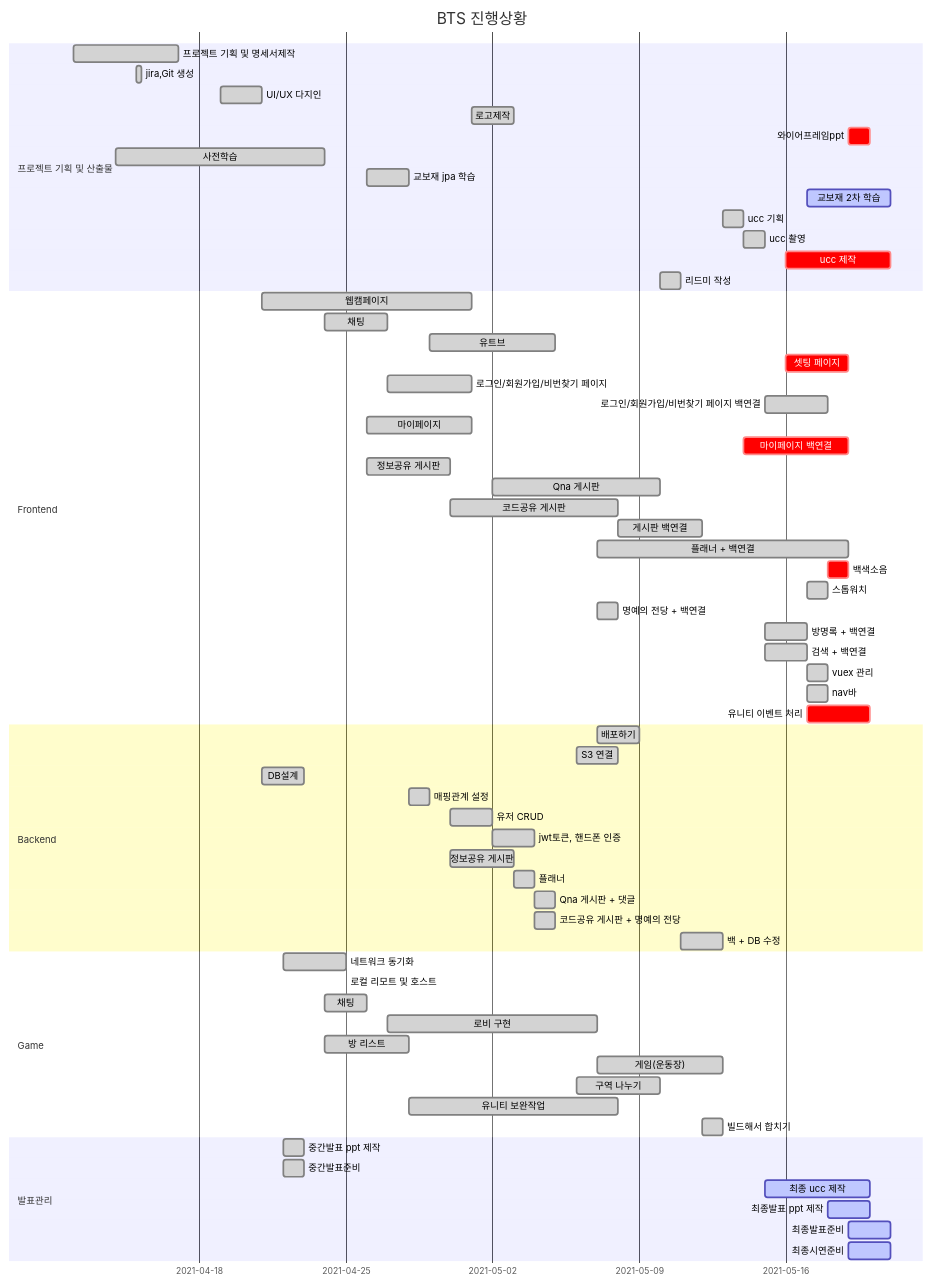
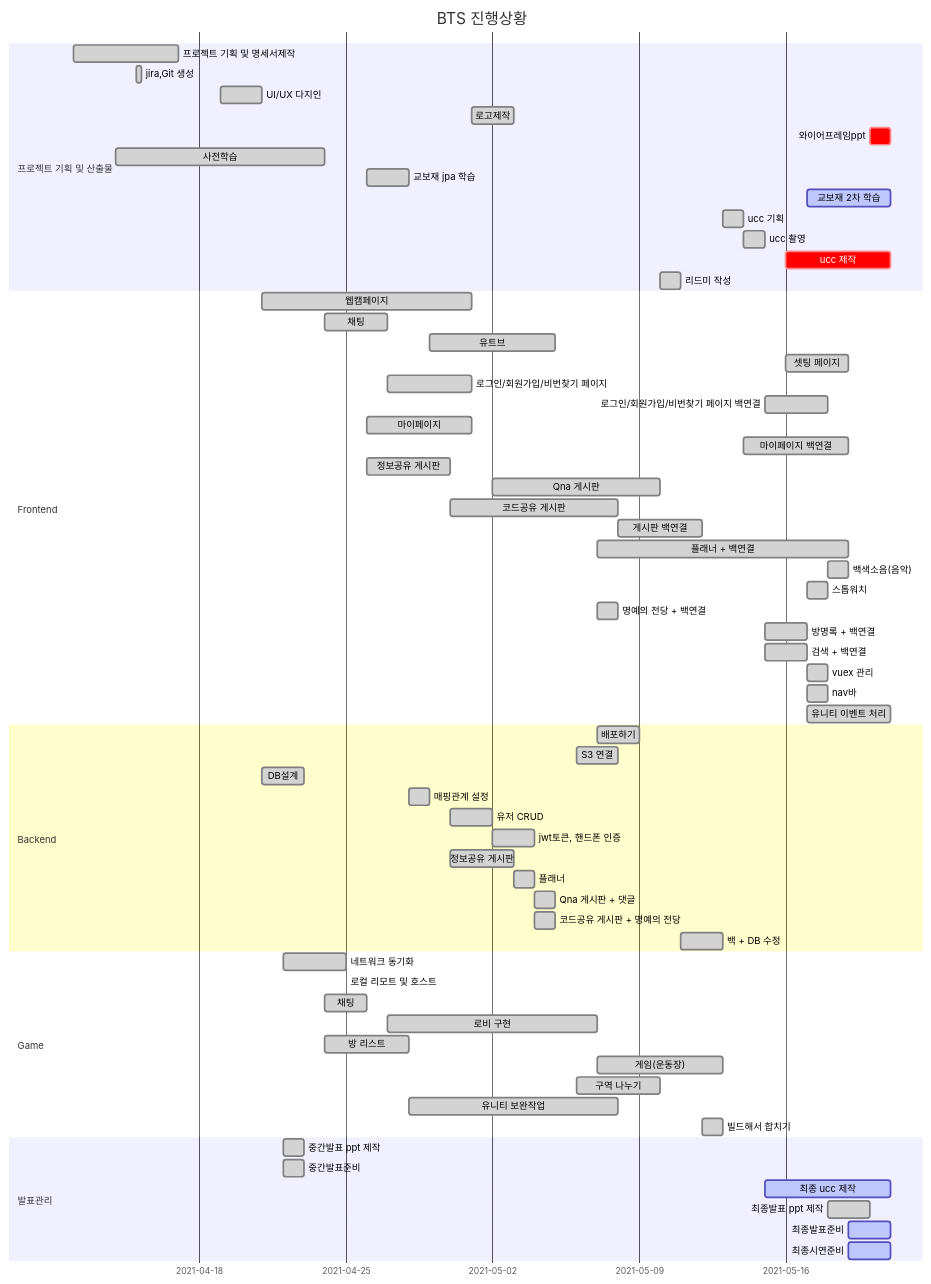
The diagram in README.md (Luminousjiny/PJT_BTS), drawn with Mermaid before and after one commit. The commit also changed 4 other files, not shown here.

````diff
--- a/README.md
+++ b/README.md
@@ -51,73 +51,73 @@
 ```mermaid
 gantt
     title BTS 진행상황
     dateFormat  YYYY-MM-DD
     section 프로젝트 기획 및 산출물
     프로젝트 기획 및 명세서제작 : done, 2021-04-12, 5d
     jira,Git 생성  :done, 2021-04-15, 6h
     UI/UX 다지인  : done,   2021-04-19, 2d
     로고제작 : done, 2021-05-01, 2d
-    와이어프레임ppt : crit, 2021-05-19, 1d
+    와이어프레임ppt : crit, 2021-05-20, 1d
     사전학습  : done, 2021-04-14, 10d
     교보재 jpa 학습 : done, 2021-04-26, 2d
     교보재 2차 학습 : active, 2021-05-17, 4d
     ucc 기획 : done, 2021-05-13, 1d
     ucc 촬영 : done, 2021-05-14, 1d
     ucc 제작 : crit, 2021-05-16, 5d
     리드미 작성 : done, 2021-05-10, 1d
 
     section Frontend
     웹캠페이지 : done, 2021-04-21, 10d
     채팅 : done, 2021-04-24, 3d
     유트브 : done, 2021-04-29, 6d
-    셋팅 페이지 : crit, 2021-05-16, 3d
+    셋팅 페이지 : done, 2021-05-16, 3d
     로그인/회원가입/비번찾기 페이지 : done, 2021-04-27, 4d
     로그인/회원가입/비번찾기 페이지 백연결 : done, 2021-05-15, 3d
     마이페이지 : done, 2021-04-26, 5d
-    마이페이지 백연결 : crit, 2021-05-14, 5d
+    마이페이지 백연결 : done, 2021-05-14, 5d
     정보공유 게시판 : done, 2021-04-26, 4d
     Qna 게시판 : done, 2021-05-02, 8d
     코드공유 게시판 : done, 2021-04-30, 8d
     게시판 백연결 : done, 2021-05-08, 4d
     플래너 + 백연결 : done, 2021-05-07, 12d
-    백색소음 : crit, 2021-05-18, 1d
+    백색소음(음악) : done, 2021-05-18, 1d
     스톱워치 : done, 2021-05-17, 1d
     명예의 전당 + 백연결 : done, 2021-05-07, 1d
     방명록 + 백연결 : done, 2021-05-15, 2d
     검색 + 백연결 : done, 2021-05-15, 2d 
     vuex 관리 : done, 2021-05-17, 1d
     nav바 : done, 2021-05-17, 1d
-    유니티 이벤트 처리 : crit, 2021-05-17, 3d
+    유니티 이벤트 처리 : done, 2021-05-17, 4d
     
     section Backend
     배포하기 : done, 2021-05-07, 2d
     S3 연결 : done, 2021-05-06, 2d
     DB설계 : done, 2021-04-21, 2d
     매핑관계 설정 : done, 2021-04-28, 1d
     유저 CRUD : done, 2021-04-30, 2d
     jwt토큰, 핸드폰 인증 : done, 2021-05-02,2d 
     정보공유 게시판 : done, 2021-04-30, 3d
     플래너 : done, 2021-05-03, 1d
     Qna 게시판 + 댓글 : done, 2021-05-04, 1d
     코드공유 게시판 + 명예의 전당 : done, 2021-05-04, 1d 
     백 + DB 수정 : done, 2021-05-11, 2d
     
     section Game
 	네트워크 동기화 : done, 2021-04-22, 3d
 	로컬 리모트 및 호스트 : done, 2021-04-23 1d
 	채팅 : done, 2021-04-24, 2d
 	로비 구현 : done, 2021-04-27, 10d
     방 리스트 : done, 2021-04-24, 4d
     게임(운동장) : done, 2021-05-07,6d
     구역 나누기 : done, 2021-05-06, 4d
     유니티 보완작업 : done, 2021-04-28, 10d
     빌드해서 합치기 : done, 2021-05-12, 1d
     
     section 발표관리
     중간발표 ppt 제작 : done, 2021-04-22, 1d
     중간발표준비 : done, 2021-04-22, 1d
-    최종 ucc 제작 : active, 2021-05-15, 5d
-    최종발표 ppt 제작 : active, 2021-05-18, 2d
+    최종 ucc 제작 : active, 2021-05-15, 6d
+    최종발표 ppt 제작 : done, 2021-05-18, 2d
     최종발표준비 : active, 2021-05-19, 2d
     최종시연준비 : active, 2021-05-19, 2d
 ```
````
